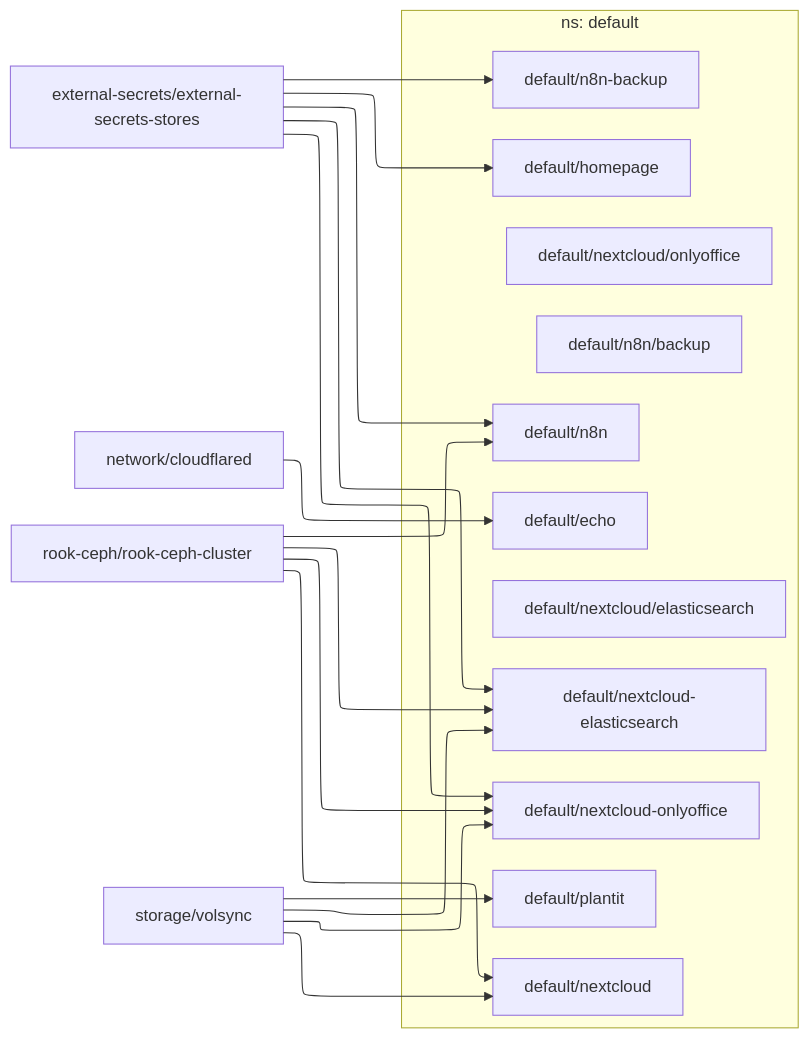
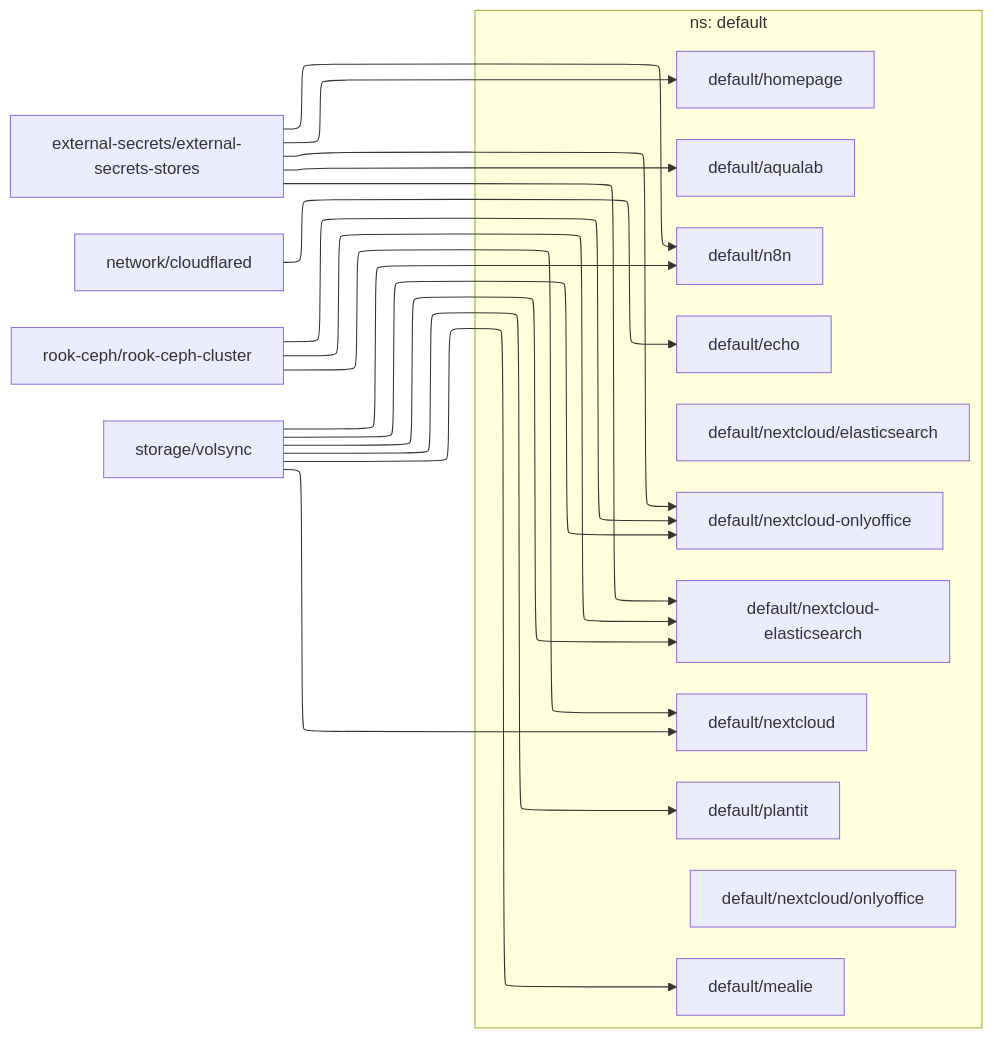
The diagram in dependencies/DEPENDENCIES-default.md (roblandry/home-ops), drawn with Mermaid before and after one commit. The commit also changed 13 other files, not shown here.

````diff
--- a/dependencies/DEPENDENCIES-default.md
+++ b/dependencies/DEPENDENCIES-default.md
@@ -1,35 +1,36 @@
 ```mermaid
 ---
 config:
   layout: elk
 ---
 flowchart LR
 
   subgraph "ns: default"
+    default/aqualab
     default/echo
     default/homepage
+    default/mealie
     default/n8n
-    default/n8n-backup
-    default/n8n/backup
     default/nextcloud
     default/nextcloud-elasticsearch
     default/nextcloud-onlyoffice
     default/nextcloud/elasticsearch
     default/nextcloud/onlyoffice
     default/plantit
   end
+  external-secrets/external-secrets-stores --> default/aqualab
   external-secrets/external-secrets-stores --> default/homepage
   external-secrets/external-secrets-stores --> default/n8n
-  external-secrets/external-secrets-stores --> default/n8n-backup
   external-secrets/external-secrets-stores --> default/nextcloud-elasticsearch
   external-secrets/external-secrets-stores --> default/nextcloud-onlyoffice
   network/cloudflared --> default/echo
-  rook-ceph/rook-ceph-cluster --> default/n8n
   rook-ceph/rook-ceph-cluster --> default/nextcloud
   rook-ceph/rook-ceph-cluster --> default/nextcloud-elasticsearch
   rook-ceph/rook-ceph-cluster --> default/nextcloud-onlyoffice
+  storage/volsync --> default/mealie
+  storage/volsync --> default/n8n
   storage/volsync --> default/nextcloud
   storage/volsync --> default/nextcloud-elasticsearch
   storage/volsync --> default/nextcloud-onlyoffice
   storage/volsync --> default/plantit
 ```
````
